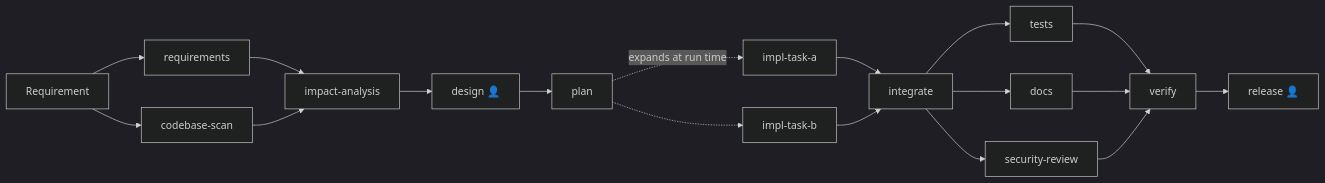
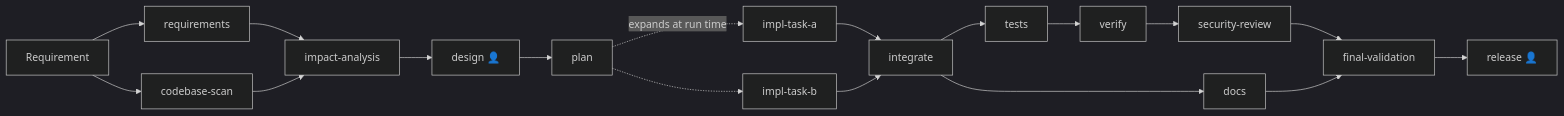
The diagram in README.md (Marisha-Sahay/agentic-sdlc-orchestrator), drawn with Mermaid (dark theme) before and after one commit. The commit also changed other lines of this file and 177 other files, not shown here.

````diff
--- a/README.md
+++ b/README.md
@@ -11,20 +11,20 @@
 ```mermaid
 flowchart LR
   R[Requirement] --> RQ[requirements]
   R --> CS[codebase-scan]
   RQ --> IA[impact-analysis]
   CS --> IA
   IA --> D["design 👤"]
   D --> P[plan]
   P -. expands at run time .-> I1[impl-task-a]
   P -.-> I2[impl-task-b]
   I1 --> IN[integrate]
   I2 --> IN
   IN --> T[tests]
+  T --> V[verify]
+  V --> S[security-review]
   IN --> DO[docs]
-  IN --> S[security-review]
-  T --> V[verify]
-  DO --> V
-  S --> V
-  V --> RL["release 👤"]
+  S --> FV[final-validation]
+  DO --> FV
+  FV --> RL["release 👤"]
 ```
````
